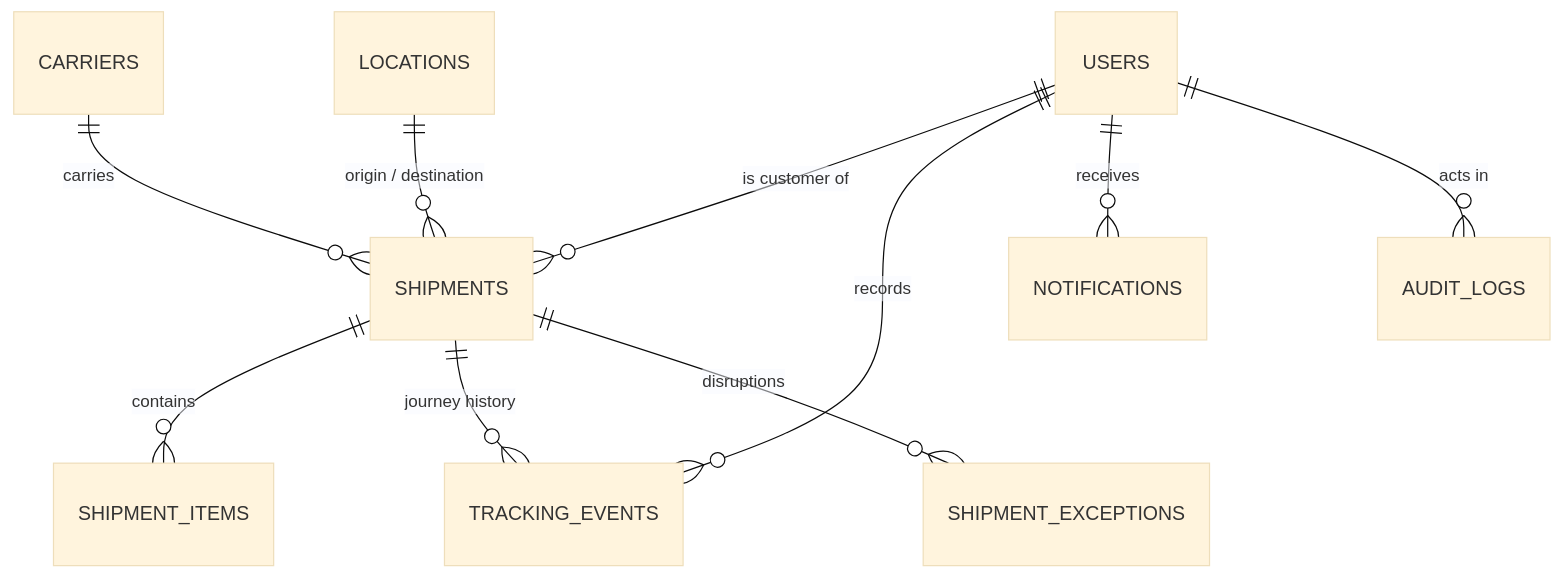
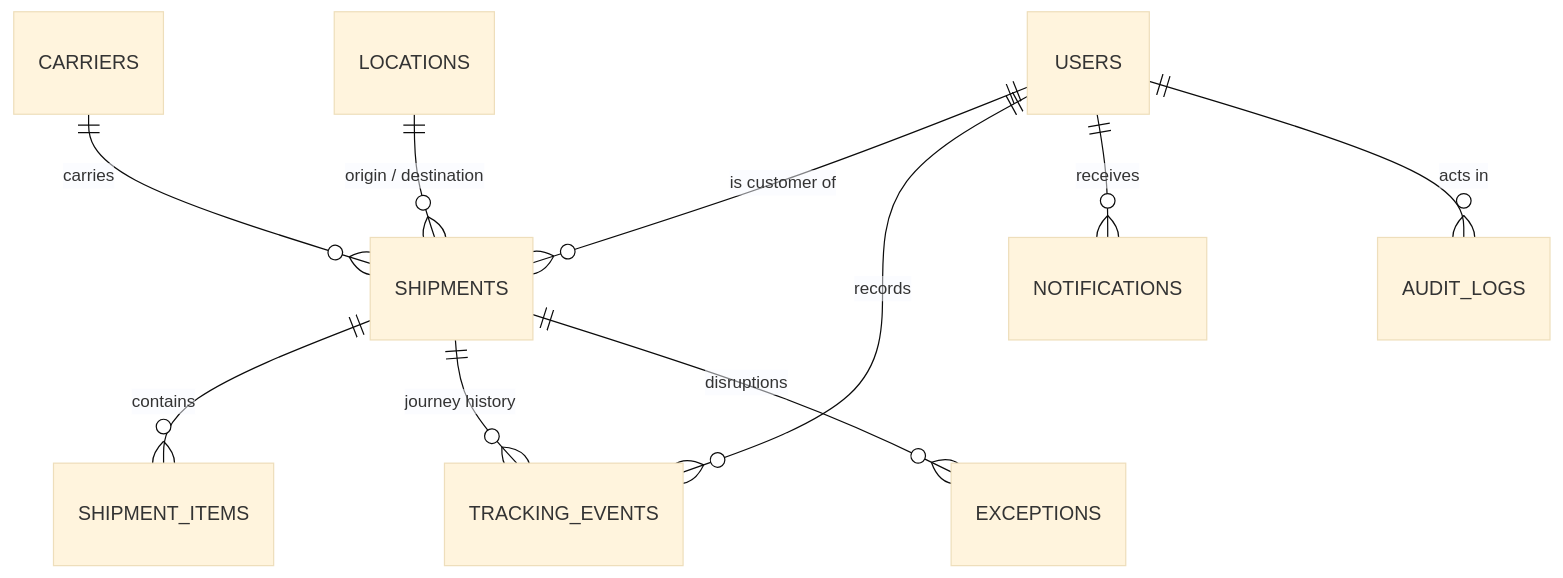
The second of 2 diagrams in README.md (DarulQutni-Q/CargoTrace), drawn with Mermaid (base theme) before and after one commit. The commit also changed other lines of this file and 2 other files, not shown here.

````diff
--- a/README.md
+++ b/README.md
@@ -78,12 +80,12 @@
 ```mermaid
 erDiagram
     USERS ||--o{ SHIPMENTS : "is customer of"
     CARRIERS ||--o{ SHIPMENTS : "carries"
     LOCATIONS ||--o{ SHIPMENTS : "origin / destination"
     SHIPMENTS ||--o{ SHIPMENT_ITEMS : "contains"
     SHIPMENTS ||--o{ TRACKING_EVENTS : "journey history"
-    SHIPMENTS ||--o{ SHIPMENT_EXCEPTIONS : "disruptions"
+    SHIPMENTS ||--o{ EXCEPTIONS : "disruptions"
     USERS ||--o{ TRACKING_EVENTS : "records"
     USERS ||--o{ NOTIFICATIONS : "receives"
     USERS ||--o{ AUDIT_LOGS : "acts in"
 ```
````
